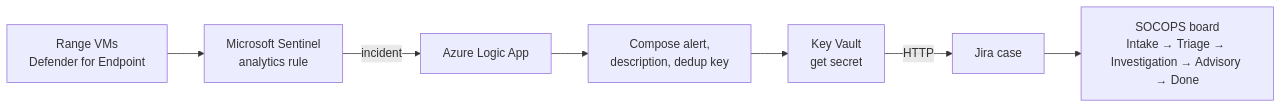
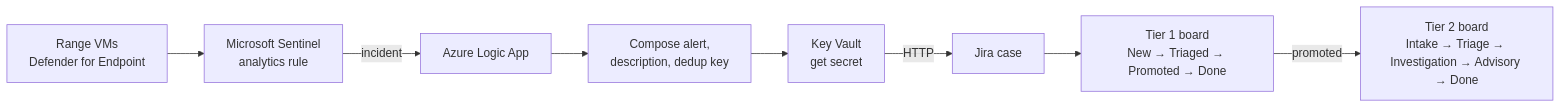
One commit to jennafrank/cyber-range-soc changed the diagram in README.md. Above: the diagram before and after it, drawn with Mermaid. The commit also changed other lines of this file and 2 other files, not shown here.

Commit message:
Distinguish Tier 1 Alert Cases board from Tier 2 board

````diff
--- a/README.md
+++ b/README.md
@@ -65,9 +65,10 @@
 ```mermaid
 flowchart LR
     A["Range VMs<br/>Defender for Endpoint"] --> B["Microsoft Sentinel<br/>analytics rule"]
     B -->|incident| C["Azure Logic App"]
     C --> D["Compose alert,<br/>description, dedup key"]
     D --> E["Key Vault<br/>get secret"]
     E -->|HTTP| F["Jira case"]
-    F --> G["SOCOPS board<br/>Intake → Triage → Investigation → Advisory → Done"]
+    F --> G["Tier 1 board<br/>New → Triaged → Promoted → Done"]
+    G -->|promoted| H["Tier 2 board<br/>Intake → Triage → Investigation → Advisory → Done"]
 ```
````
